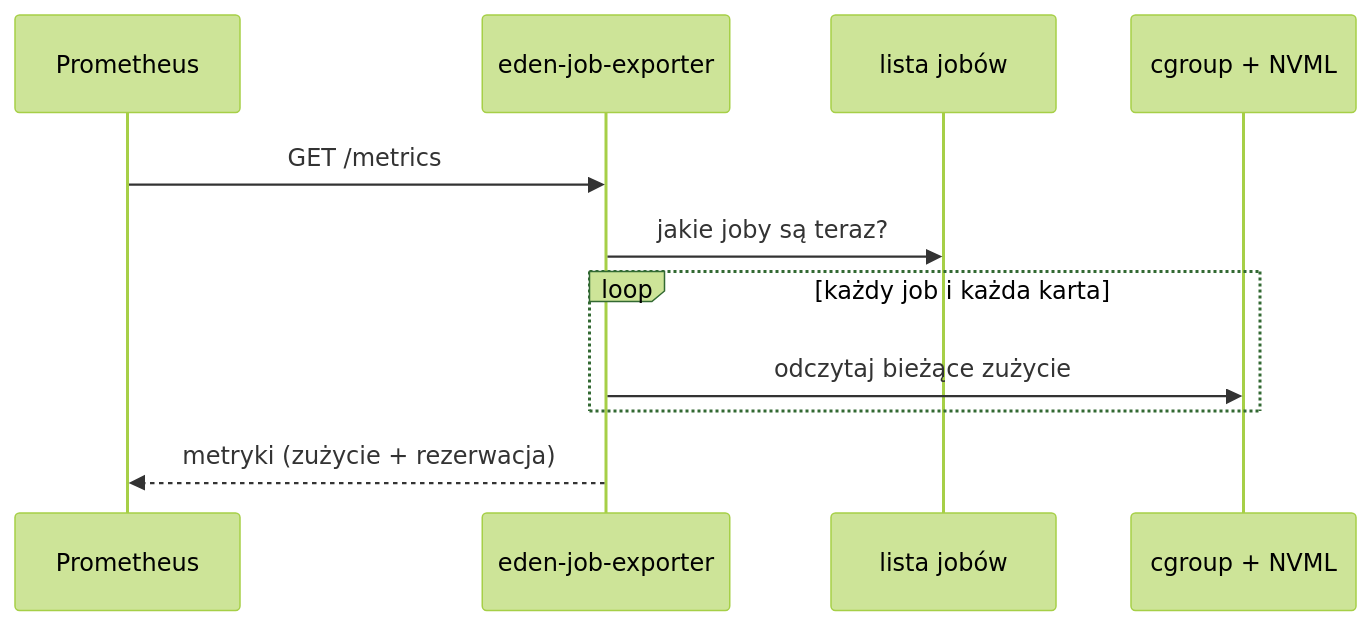
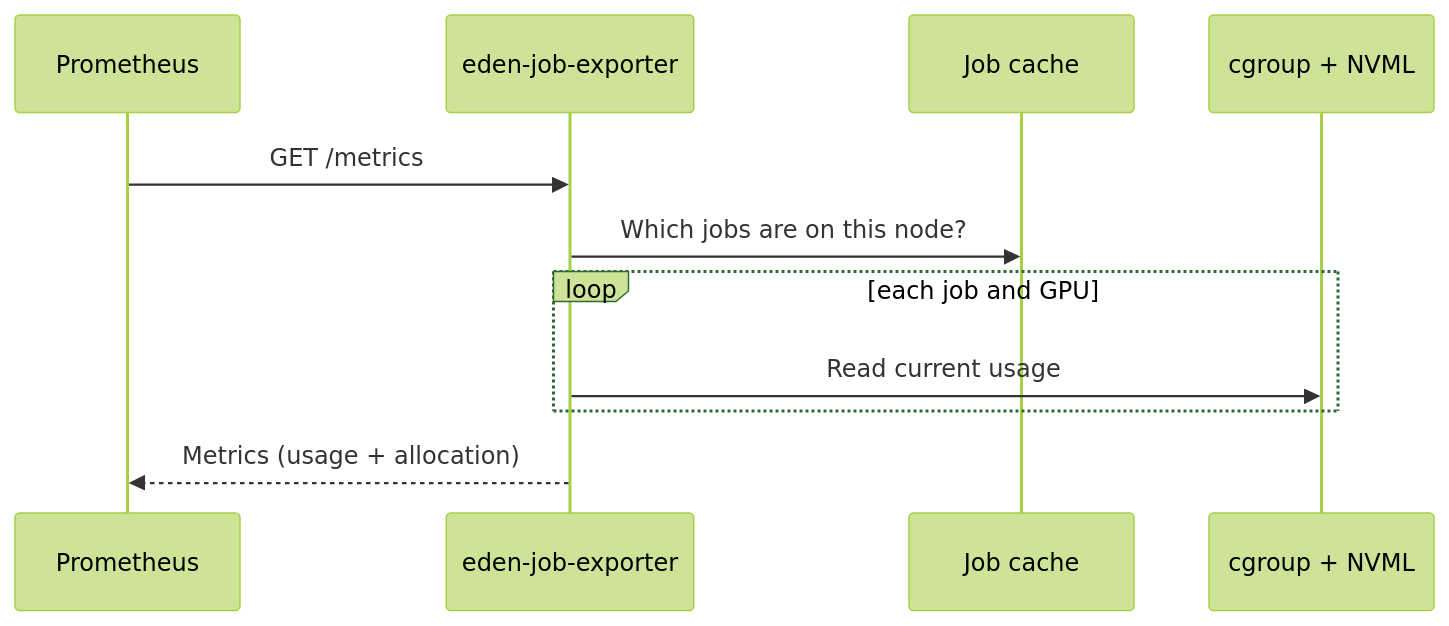
One commit to Eden-project-KNDS/Dynamic-Monitoring changed the fifth of 5 diagrams in Documentation/eden-job-exporter-spec.md. Above: the diagram before and after it, drawn with Mermaid (forest theme). The commit also changed other lines of this file and 10 other files, not shown here.

````diff
--- a/Documentation/eden-job-exporter-spec.md
+++ b/Documentation/eden-job-exporter-spec.md
@@ -105,14 +100,14 @@
 ```mermaid
 sequenceDiagram
     participant P as Prometheus
     participant E as eden-job-exporter
-    participant L as lista jobów
+    participant L as Job cache
     participant N as cgroup + NVML
 
     P->>E: GET /metrics
-    E->>L: jakie joby są teraz?
-    loop każdy job i każda karta
-        E->>N: odczytaj bieżące zużycie
+    E->>L: Which jobs are on this node?
+    loop each job and GPU
+        E->>N: Read current usage
     end
-    E-->>P: metryki (zużycie + rezerwacja)
+    E-->>P: Metrics (usage + allocation)
 ```
````
